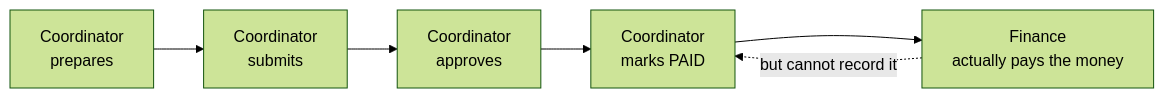
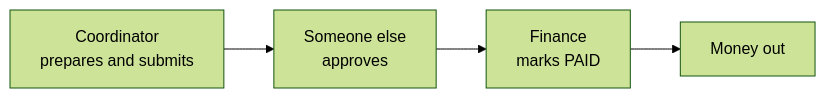
The second of 2 diagrams in docs/04-flows/finance.md (mehulblogger-pixel/Experiment_Operataion_Exaact-requirement), drawn with Mermaid (forest theme) before and after one commit. The commit also changed other lines of this file and 17 other files, not shown here.

````diff
--- a/docs/04-flows/finance.md
+++ b/docs/04-flows/finance.md
@@ -124,8 +119,6 @@
 ```mermaid
 flowchart LR
-  A["Coordinator<br/>prepares"] --> B["Coordinator<br/>submits"]
-  B --> C["Coordinator<br/>approves"]
-  C --> D["Coordinator<br/>marks PAID"]
-  D --> E["Finance<br/>actually pays the money"]
-  E -.->|"but cannot record it"| D
+  A["Coordinator<br/>prepares and submits"] --> B["Someone else<br/>approves"]
+  B --> C["Finance<br/>marks PAID"]
+  C --> D["Money out"]
 ```
````
